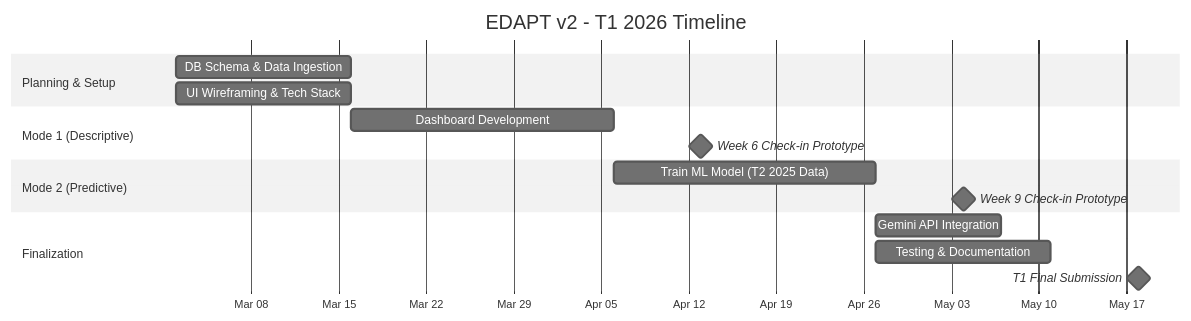
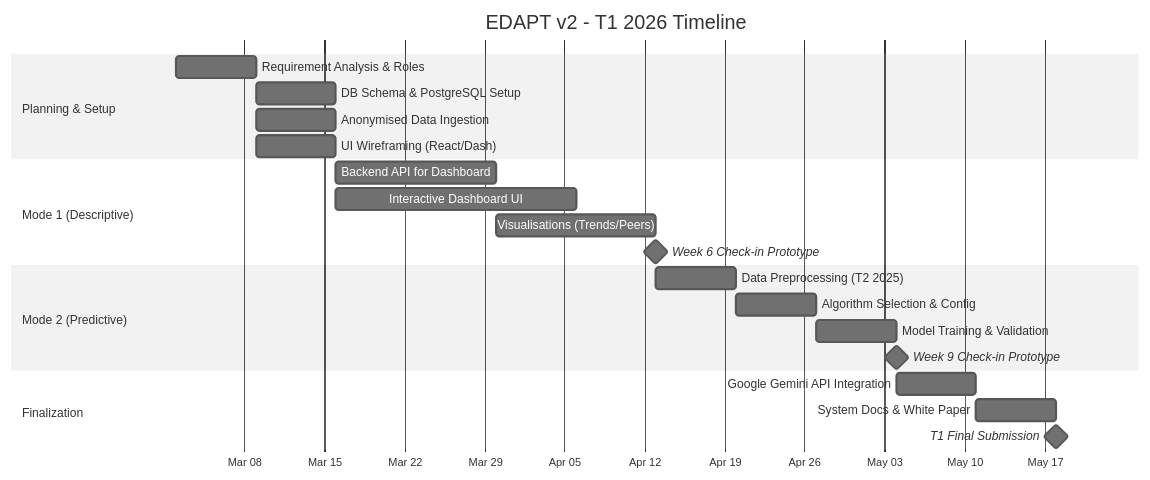
One commit to KOI-Capstone-Project/EDAPTv2 changed the first of 2 diagrams in README.md. Above: the diagram before and after it, drawn with Mermaid (neutral theme). The commit also changed other lines of this file, not shown here.

Commit message:
[GANTT]-(elaboration)Update the task actions items

````diff
--- a/README.md
+++ b/README.md
@@ -6,24 +6,30 @@
 ```mermaid
-%%{init: {'gantt': {'leftPadding': 150}}}%%
+%%{init: {'gantt': {'leftPadding': 150, 'rightPadding': 150}}}%%
 gantt
     title EDAPT v2 - T1 2026 Timeline
     dateFormat  YYYY-MM-DD
     axisFormat  %b %d
     
     section Planning & Setup
-    DB Schema & Data Ingestion    :a1, 2026-03-02, 14d
-    UI Wireframing & Tech Stack   :a2, 2026-03-02, 14d
+    Requirement Analysis & Roles  :a1, 2026-03-02, 7d
+    DB Schema & PostgreSQL Setup  :a2, 2026-03-09, 7d
+    Anonymised Data Ingestion     :a3, 2026-03-09, 7d
+    UI Wireframing (React/Dash)   :a4, 2026-03-09, 7d
     
     section Mode 1 (Descriptive)
-    Dashboard Development         :a3, after a2, 21d
+    Backend API for Dashboard     :a5, 2026-03-16, 14d
+    Interactive Dashboard UI      :a6, 2026-03-16, 21d
+    Visualisations (Trends/Peers) :a7, 2026-03-30, 14d
     Week 6 Check-in Prototype     :milestone, m1, 2026-04-13, 0d
     
     section Mode 2 (Predictive)
-    Train ML Model (T2 2025 Data) :a4, after a3, 21d
+    Data Preprocessing (T2 2025)  :a8, 2026-04-13, 7d
+    Algorithm Selection & Config  :a9, 2026-04-20, 7d
+    Model Training & Validation   :a10, 2026-04-27, 7d
     Week 9 Check-in Prototype     :milestone, m2, 2026-05-04, 0d
     
     section Finalization
-    Gemini API Integration        :a5, after a4, 10d
-    Testing & Documentation       :a6, after a4, 14d
+    Google Gemini API Integration :a11, 2026-05-04, 7d
+    System Docs & White Paper     :a12, 2026-05-11, 7d
     T1 Final Submission           :milestone, m3, 2026-05-18, 0d
 ```
````
